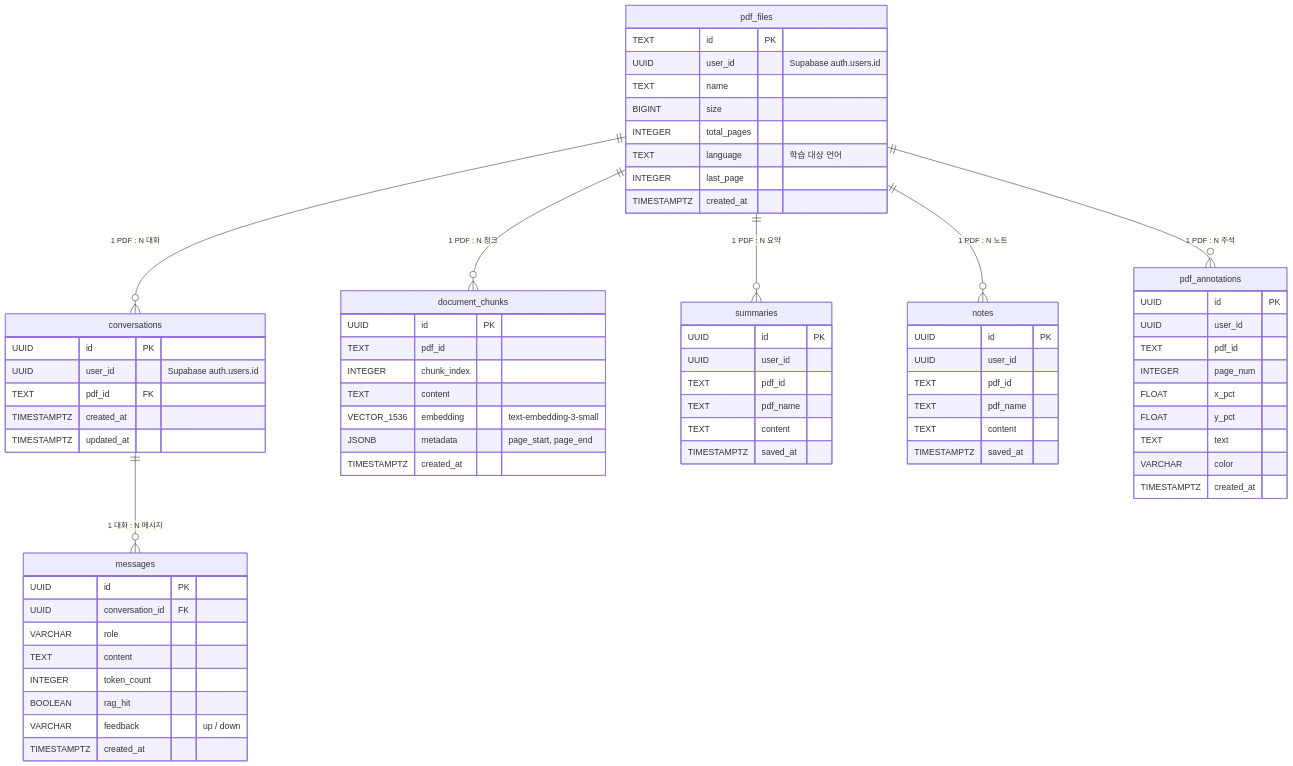
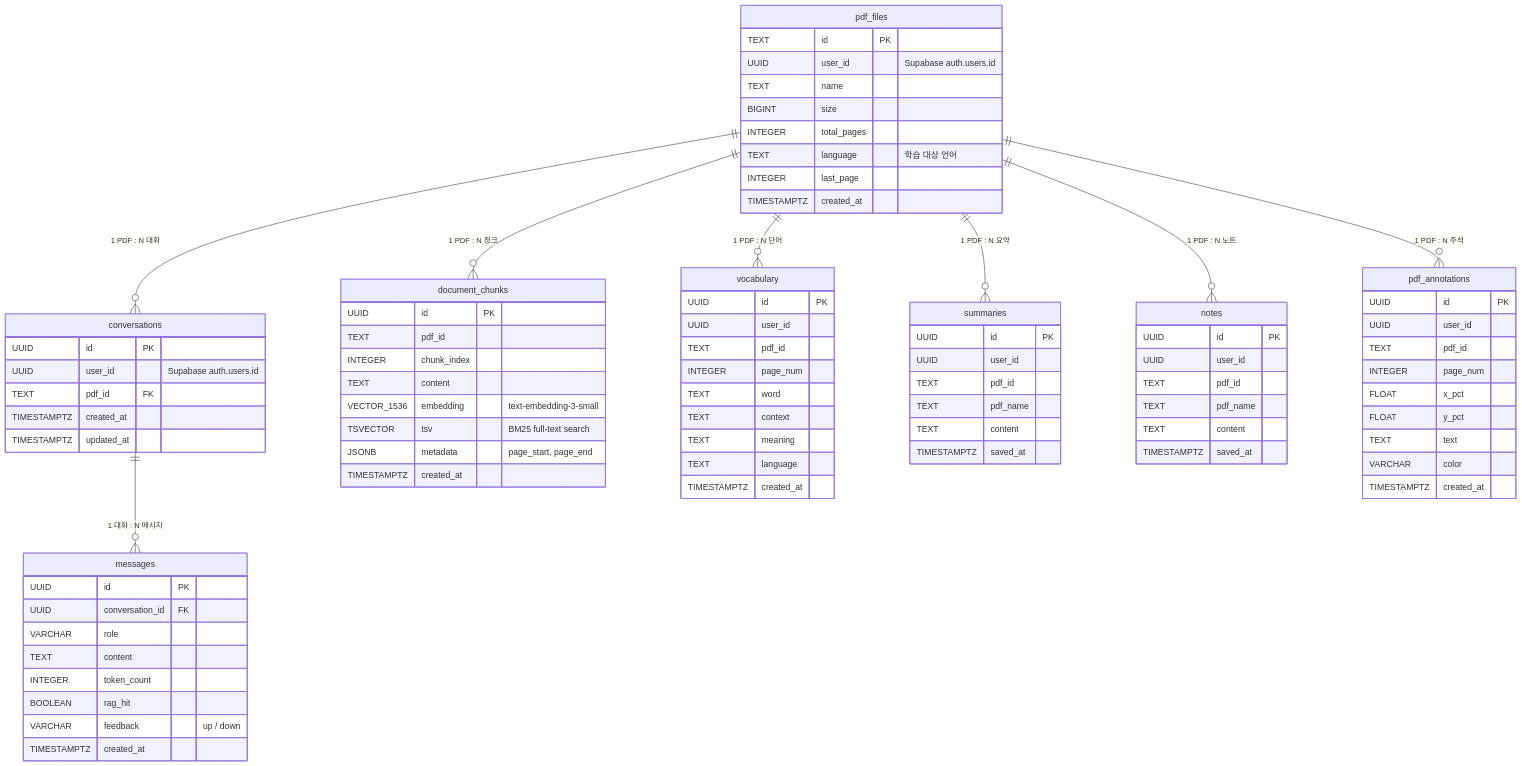
One commit to JayKim88/lingua-rag changed the fourth of 4 diagrams in README.md. Above: the diagram before and after it, drawn with Mermaid. The commit also changed other lines of this file and 20 other files, not shown here.

````diff
--- a/README.md
+++ b/README.md
@@ -240,7 +254,20 @@
         INTEGER chunk_index
         TEXT content
         VECTOR_1536 embedding "text-embedding-3-small"
+        TSVECTOR tsv "BM25 full-text search"
         JSONB metadata "page_start, page_end"
+        TIMESTAMPTZ created_at
+    }
+
+    vocabulary {
+        UUID id PK
+        UUID user_id
+        TEXT pdf_id
+        INTEGER page_num
+        TEXT word
+        TEXT context
+        TEXT meaning
+        TEXT language
         TIMESTAMPTZ created_at
     }
 
@@ -279,5 +306,6 @@
     pdf_files ||--o{ summaries : "1 PDF : N 요약"
     pdf_files ||--o{ notes : "1 PDF : N 노트"
     pdf_files ||--o{ pdf_annotations : "1 PDF : N 주석"
+    pdf_files ||--o{ vocabulary : "1 PDF : N 단어"
     conversations ||--o{ messages : "1 대화 : N 메시지"
 ```
````
